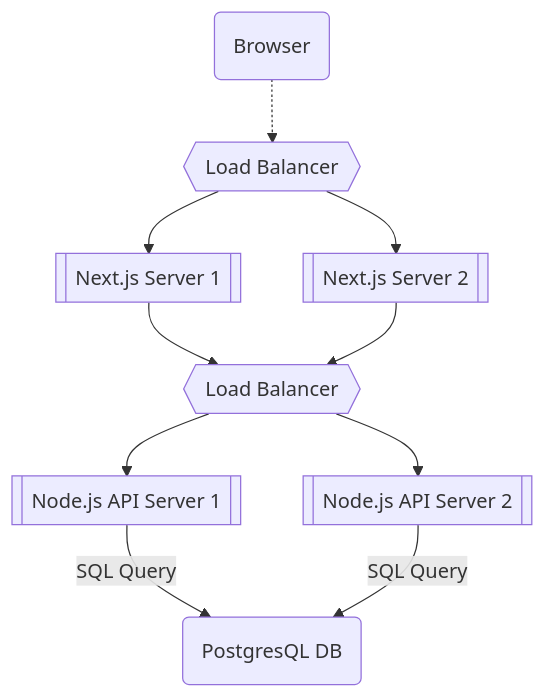
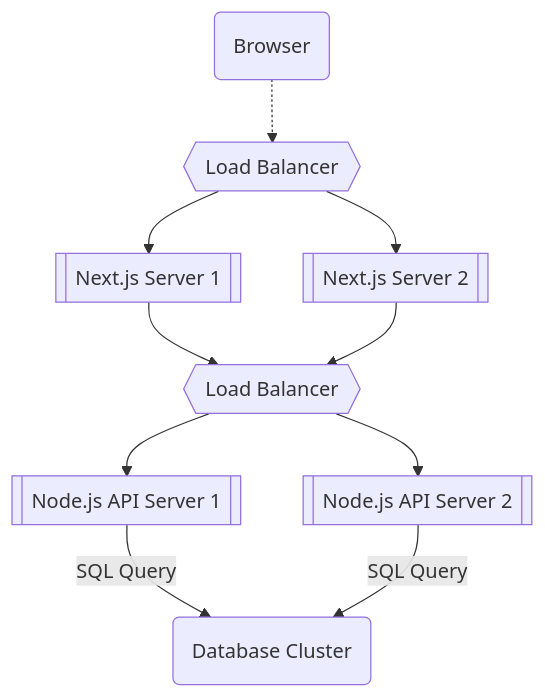
One commit to jecc-opensource/retroview changed the third of 3 diagrams in README.md. Above: the diagram before and after it, drawn with Mermaid.

````diff
--- a/README.md
+++ b/README.md
@@ -47,12 +47,12 @@
 ```mermaid
 graph TD;
   C("Browser") -.-> LB1{{"Load Balancer"}};
   LB1 --> N1[["Next.js Server 1"]];
   LB1 --> N2[["Next.js Server 2"]];
   N1 --> LB2{{"Load Balancer"}};
   N2 --> LB2;
   LB2 --> A1[["Node.js API Server 1"]];
   LB2 --> A2[["Node.js API Server 2"]];
-  A1 --> |"SQL Query"| D("PostgreSQL DB");
-  A2 --> |"SQL Query"| D("PostgresQL DB");
+  A1 --> |"SQL Query"| D("Database Cluster");
+  A2 --> |"SQL Query"| D;
 ```
````
